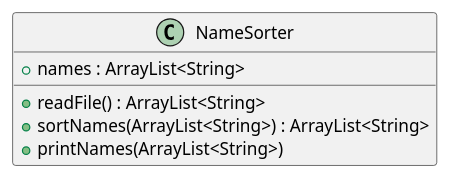
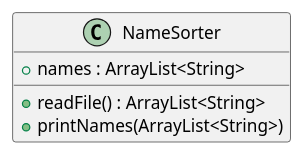
One commit to gabotelle/telleria-a04 changed the diagram in exercise41/docs/Solution41.puml. Above: the diagram before and after it, drawn with PlantUML. The commit also changed 4 other files, not shown here.

```diff
--- a/exercise41/docs/Solution41.puml
+++ b/exercise41/docs/Solution41.puml
@@ -1,12 +1,11 @@
 @startuml
 'https://plantuml.com/class-diagram
 
 class NameSorter {
     +names : ArrayList<String>
     +readFile() : ArrayList<String>
-    +sortNames(ArrayList<String>) : ArrayList<String>
     +printNames(ArrayList<String>)
 }
 
 
 @enduml
```
